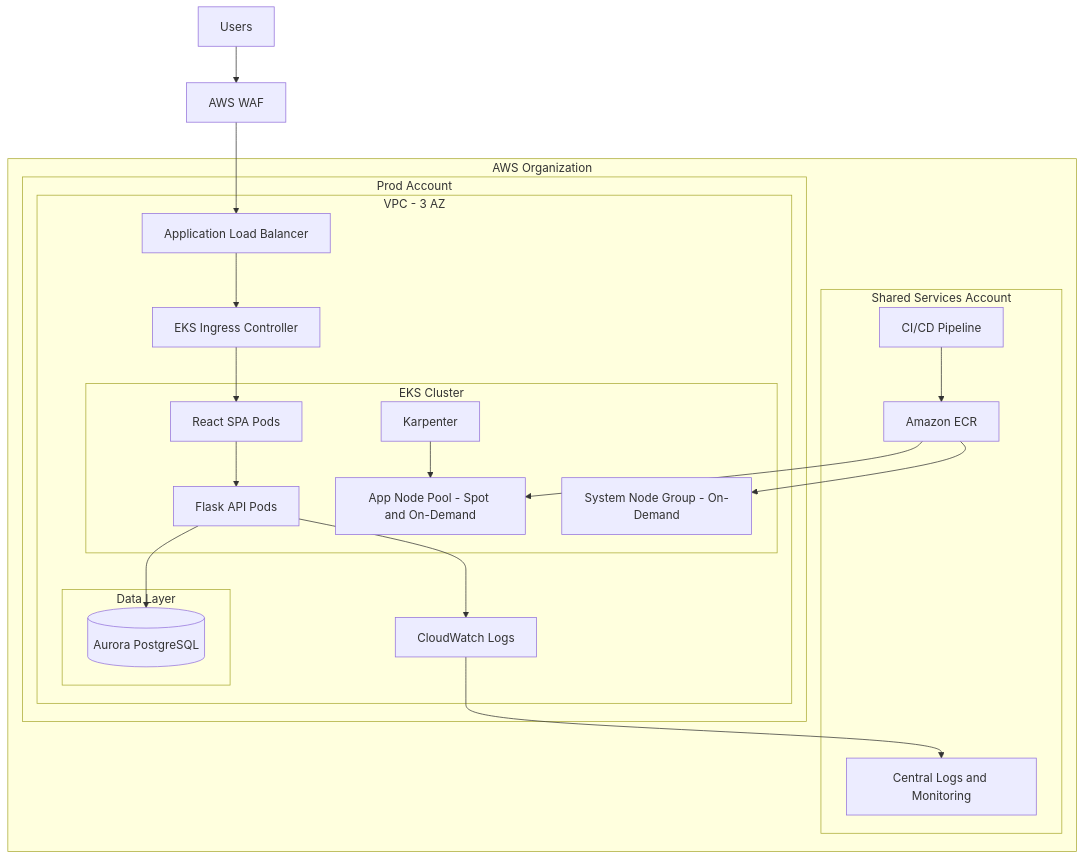
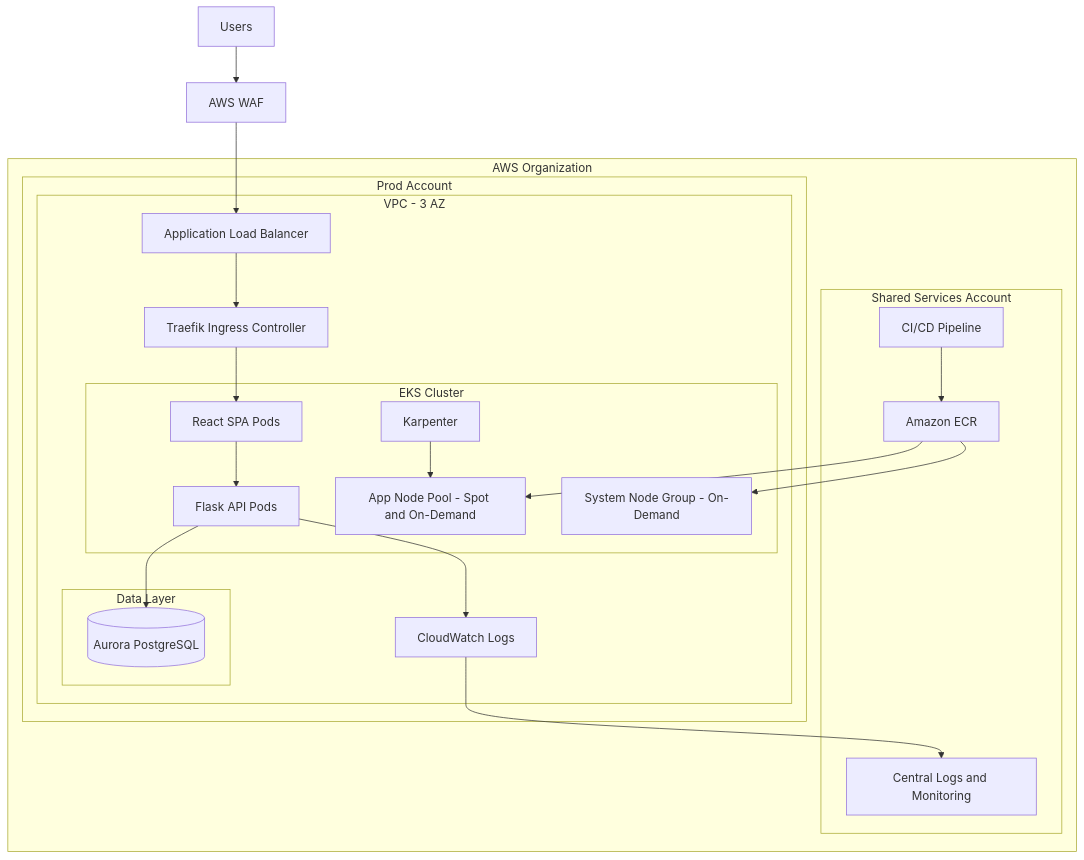
One commit to gezim-tech/opsfleet changed the diagram in architecture/README.md. Above: the diagram before and after it, drawn with Mermaid. The commit also changed other lines of this file and 1 other file, not shown here.

Commit message:
fix: fix wording for ingress controller

````diff
--- a/architecture/README.md
+++ b/architecture/README.md
@@ -199,42 +199,42 @@
 ```mermaid
 flowchart TB
   U[Users] --> WAF[AWS WAF]
   WAF --> ALB[Application Load Balancer]
 
   subgraph ORG[AWS Organization]
     subgraph SHARED[Shared Services Account]
       CI[CI/CD Pipeline] --> ECR[Amazon ECR]
       LOGS[Central Logs and Monitoring]
     end
 
     subgraph PROD[Prod Account]
       subgraph VPC[VPC - 3 AZ]
-        ALB --> ING[EKS Ingress Controller]
+        ALB --> ING[Traefik Ingress Controller]
 
         subgraph EKS[EKS Cluster]
           FE[React SPA Pods]
           API[Flask API Pods]
           KARP[Karpenter]
           APPN[App Node Pool - Spot and On-Demand]
           SYS[System Node Group - On-Demand]
         end
 
         subgraph DATA[Data Layer]
           DB[(Aurora PostgreSQL)]
         end
 
         CWL[CloudWatch Logs]
 
         ING --> FE
         FE --> API
         API --> DB
         API --> CWL
         KARP --> APPN
       end
     end
 
     ECR --> APPN
     ECR --> SYS
     CWL --> LOGS
   end
 ```
````
